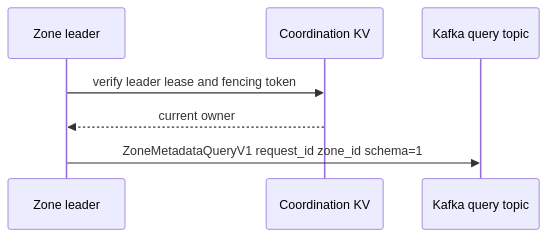
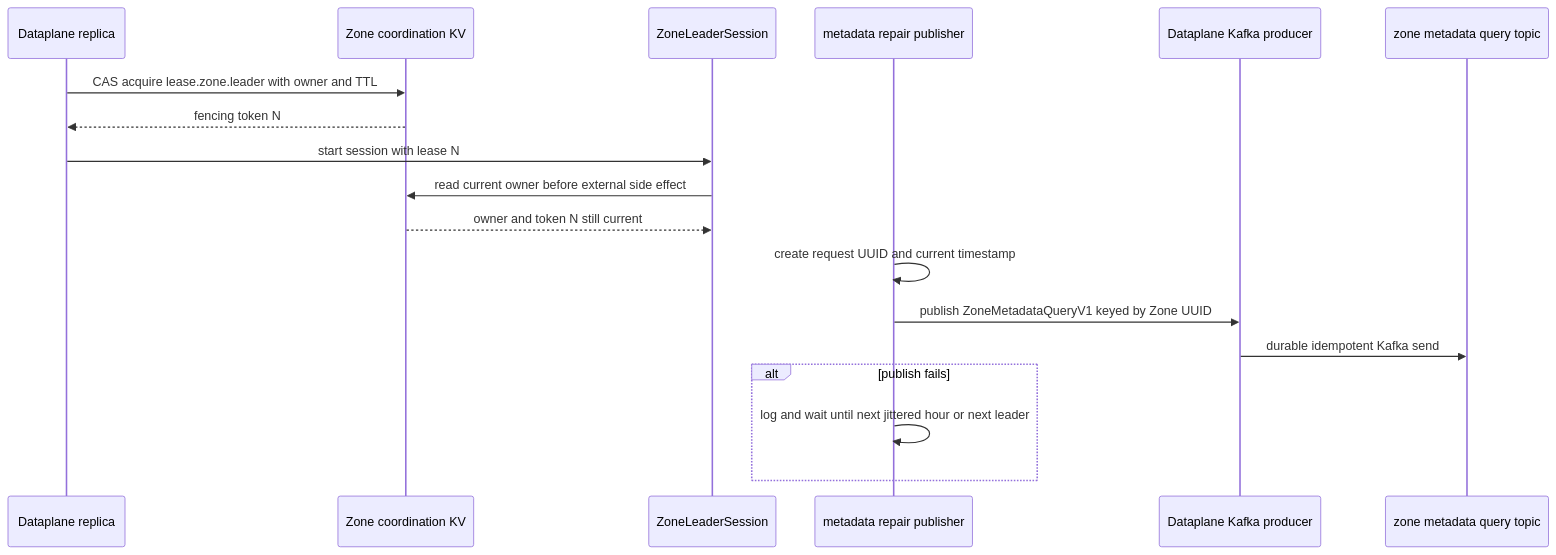
One commit to phucle996/aurora changed the first of 3 diagrams in god_view/zone_runtime/zone_metadata_repair_god_view_workflow.md. Above: the diagram before and after it, drawn with Mermaid. The commit also changed other lines of this file and 68 other files, not shown here.

Commit message:
refactor zone storage transfer and update architecture docs

````diff
--- a/god_view/zone_runtime/zone_metadata_repair_god_view_workflow.md
+++ b/god_view/zone_runtime/zone_metadata_repair_god_view_workflow.md
@@ -28,9 +76,21 @@
 ```mermaid
 sequenceDiagram
-    participant L as Zone leader
-    participant C as Coordination KV
-    participant KQ as Kafka query topic
-    L->>C: verify leader lease and fencing token
-    C-->>L: current owner
-    L->>KQ: ZoneMetadataQueryV1 request_id zone_id schema=1
+    participant DP as Dataplane replica
+    participant CKV as Zone coordination KV
+    participant LS as ZoneLeaderSession
+    participant RP as metadata repair publisher
+    participant KP as Dataplane Kafka producer
+    participant KQ as zone metadata query topic
+
+    DP->>CKV: CAS acquire lease.zone.leader with owner and TTL
+    CKV-->>DP: fencing token N
+    DP->>LS: start session with lease N
+    LS->>CKV: read current owner before external side effect
+    CKV-->>LS: owner and token N still current
+    RP->>RP: create request UUID and current timestamp
+    RP->>KP: publish ZoneMetadataQueryV1 keyed by Zone UUID
+    KP->>KQ: durable idempotent Kafka send
+    alt publish fails
+        RP->>RP: log and wait until next jittered hour or next leader
+    end
 ```
````
